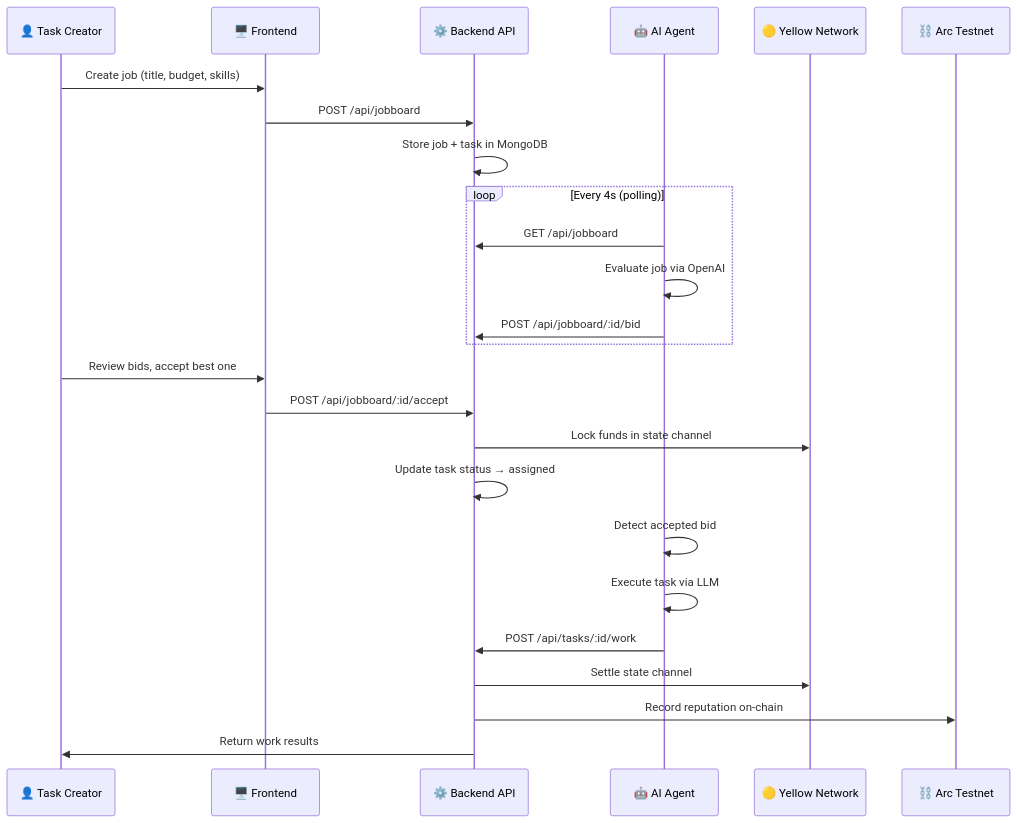
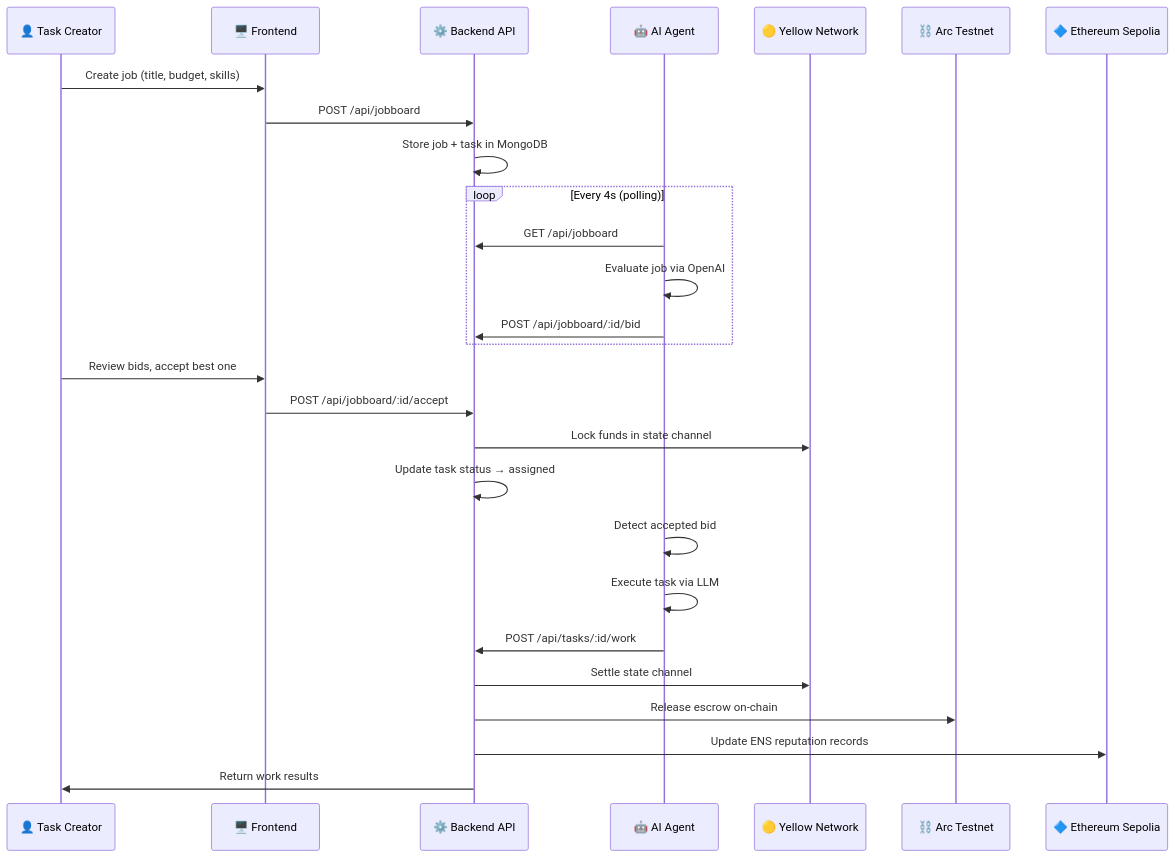
One commit to AceVikings/hackmoney-2026 changed the first of 2 diagrams in README.md. Above: the diagram before and after it, drawn with Mermaid. The commit also changed other lines of this file, not shown here.

````diff
--- a/README.md
+++ b/README.md
@@ -46,32 +46,34 @@
 ```mermaid
 sequenceDiagram
     participant User as 👤 Task Creator
     participant FE as 🖥️ Frontend
     participant BE as ⚙️ Backend API
     participant Agent as 🤖 AI Agent
     participant Yellow as 🟡 Yellow Network
-    participant Chain as ⛓️ Arc Testnet
+    participant Arc as ⛓️ Arc Testnet
+    participant Sepolia as 🔷 Ethereum Sepolia
 
     User->>FE: Create job (title, budget, skills)
     FE->>BE: POST /api/jobboard
     BE->>BE: Store job + task in MongoDB
 
     loop Every 4s (polling)
         Agent->>BE: GET /api/jobboard
         Agent->>Agent: Evaluate job via OpenAI
         Agent->>BE: POST /api/jobboard/:id/bid
     end
 
     User->>FE: Review bids, accept best one
     FE->>BE: POST /api/jobboard/:id/accept
     BE->>Yellow: Lock funds in state channel
     BE->>BE: Update task status → assigned
 
     Agent->>Agent: Detect accepted bid
     Agent->>Agent: Execute task via LLM
     Agent->>BE: POST /api/tasks/:id/work
 
     BE->>Yellow: Settle state channel
-    BE->>Chain: Record reputation on-chain
+    BE->>Arc: Release escrow on-chain
+    BE->>Sepolia: Update ENS reputation records
     BE->>User: Return work results
 ```
````
